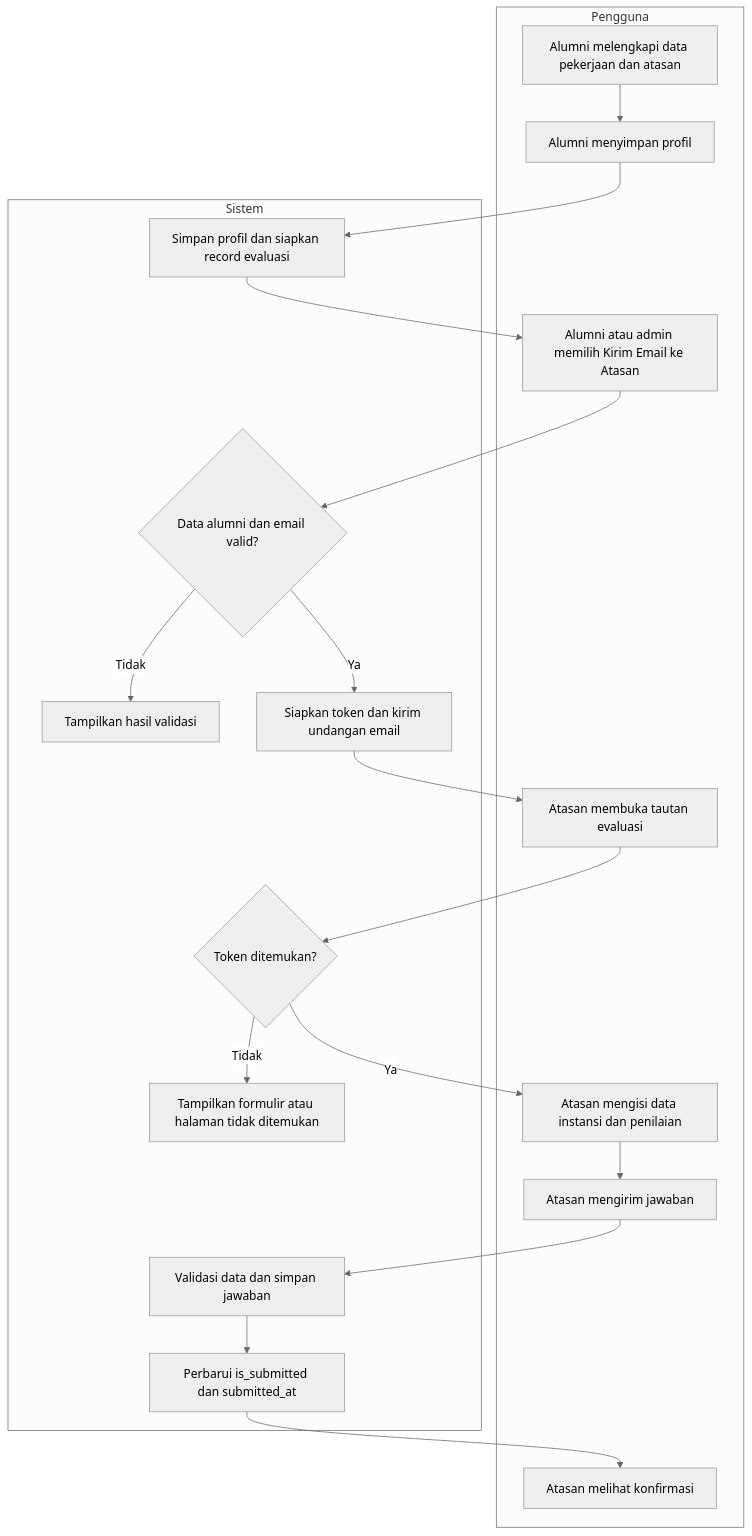
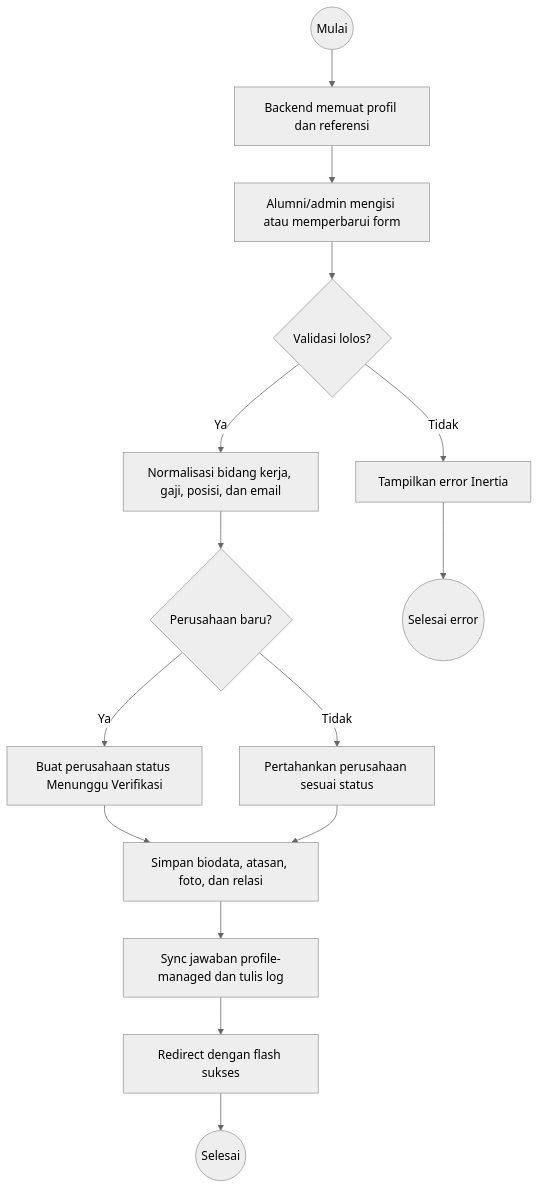
One commit to claraanjelitakd/tugas-akhir changed the second of 6 diagrams in docs/activitydiagram.md. Above: the diagram before and after it, drawn with Mermaid (neutral theme). The commit also changed other lines of this file and 30 other files, not shown here.

Commit message:
docs: document complete activity diagram flows

````diff
--- a/docs/activitydiagram.md
+++ b/docs/activitydiagram.md
@@ -332,27 +160,17 @@
-```mermaid
+~~~mermaid
 flowchart TD
-    subgraph Pengguna
-        A[Alumni melengkapi data pekerjaan dan atasan]
-        B[Alumni menyimpan profil]
-        D[Alumni atau admin memilih Kirim Email ke Atasan]
-        H[Atasan membuka tautan evaluasi]
-        K[Atasan mengisi data instansi dan penilaian]
-        L[Atasan mengirim jawaban]
-        O[Atasan melihat konfirmasi]
-    end
-    subgraph Sistem
-        C[Simpan profil dan siapkan record evaluasi]
-        E{Data alumni dan email valid?}
-        F[Tampilkan hasil validasi]
-        G[Siapkan token dan kirim undangan email]
-        I{Token ditemukan?}
-        J[Tampilkan formulir atau halaman tidak ditemukan]
-        M[Validasi data dan simpan jawaban]
-        N[Perbarui is_submitted dan submitted_at]
-    end
-    A --> B --> C --> D --> E
-    E -->|Tidak| F
-    E -->|Ya| G --> H --> I
-    I -->|Tidak| J
-    I -->|Ya| K --> L --> M --> N --> O
-```
+  A((Mulai)) --> L[Backend memuat profil dan referensi]
+  L --> U[Alumni/admin mengisi atau memperbarui form]
+  U --> V{Validasi lolos?}
+  V -- Tidak --> E[Tampilkan error Inertia]
+  V -- Ya --> N[Normalisasi bidang kerja, gaji, posisi, dan email]
+  N --> C{Perusahaan baru?}
+  C -- Ya --> CP[Buat perusahaan status Menunggu Verifikasi]
+  C -- Tidak --> K[Pertahankan perusahaan sesuai status]
+  CP --> T[Simpan biodata, atasan, foto, dan relasi]
+  K --> T
+  T --> Q[Sync jawaban profile-managed dan tulis log]
+  Q --> R[Redirect dengan flash sukses]
+  E --> X((Selesai error))
+  R --> Y((Selesai))
+~~~
````
